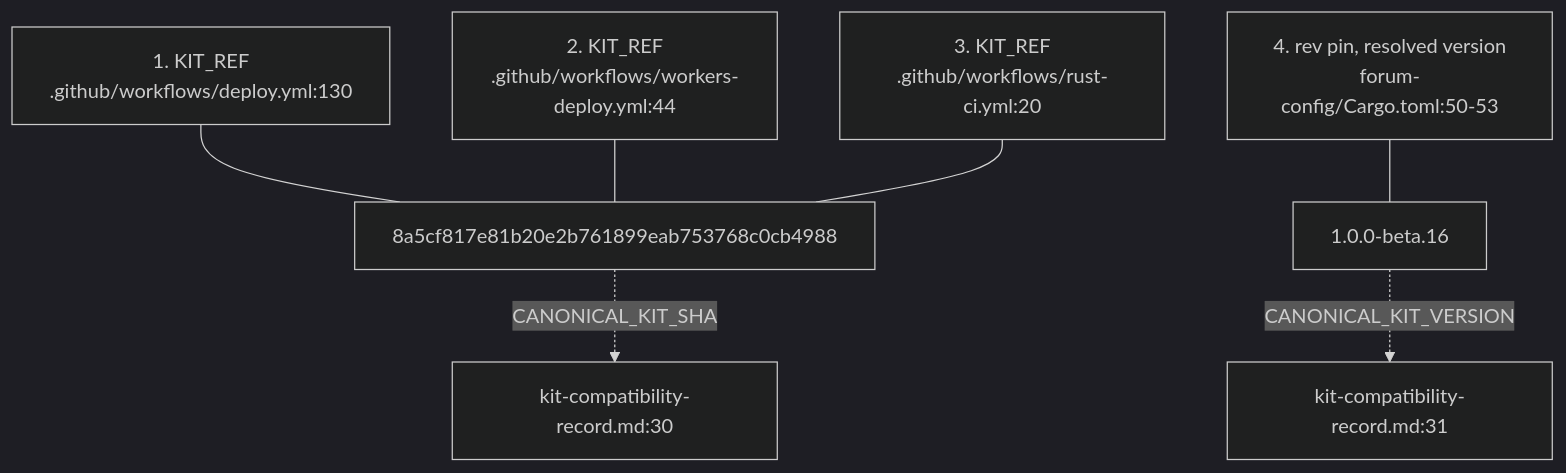
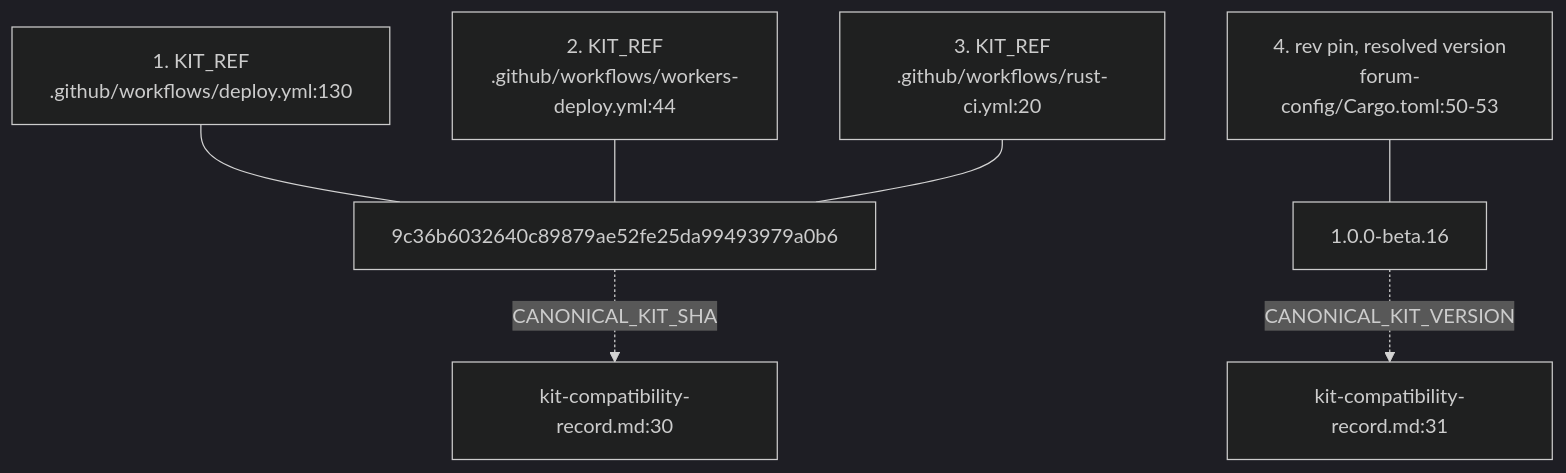
One commit to DreamLab-AI/VisionFlow changed the fourth of 7 diagrams in docs/diagrams/dreamlab-ai-website/01-repo-composition-and-deploy-topology.md. Above: the diagram before and after it, drawn with Mermaid (dark theme). The commit also changed other lines of this file and 142 other files, not shown here.

First line of the commit message:
docs(diagrams): one System One route; re-verify 140 topics at today's heads

````diff
--- a/docs/diagrams/dreamlab-ai-website/01-repo-composition-and-deploy-topology.md
+++ b/docs/diagrams/dreamlab-ai-website/01-repo-composition-and-deploy-topology.md
@@ -66,9 +66,9 @@
 ```mermaid
 flowchart TB
-    A["1. KIT_REF<br/>.github/workflows/deploy.yml:130"] --- SHA["8a5cf817e81b20e2b761899eab753768c0cb4988"]
+    A["1. KIT_REF<br/>.github/workflows/deploy.yml:130"] --- SHA["9c36b6032640c89879ae52fe25da99493979a0b6"]
     B["2. KIT_REF<br/>.github/workflows/workers-deploy.yml:44"] --- SHA
     C["3. KIT_REF<br/>.github/workflows/rust-ci.yml:20"] --- SHA
     D["4. rev pin, resolved version<br/>forum-config/Cargo.toml:50-53"] --- VER["1.0.0-beta.16"]
     SHA -.->|"CANONICAL_KIT_SHA"| REC["kit-compatibility-record.md:30"]
     VER -.->|"CANONICAL_KIT_VERSION"| REC2["kit-compatibility-record.md:31"]
 ```
````
